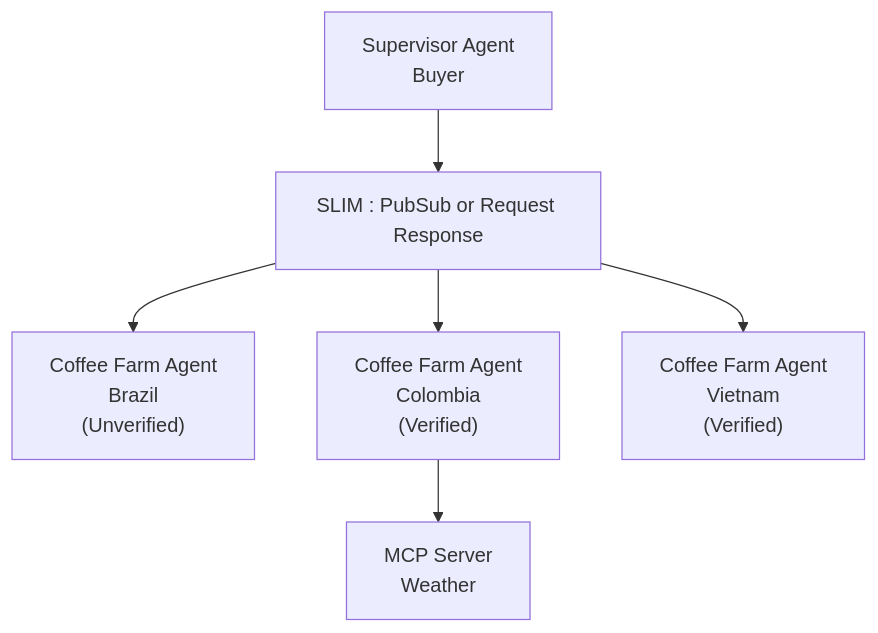
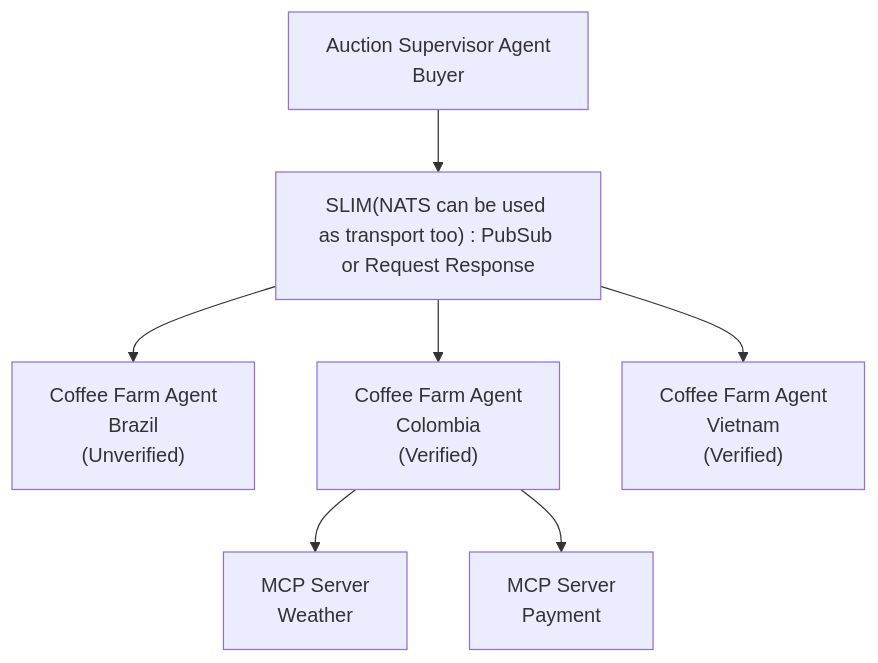
The second of 3 diagrams in docs/coffee-agntcy/get-started.md (agntcy/docs), drawn with Mermaid before and after one commit. The commit also changed other lines of this file and 2 other files, not shown here.

````diff
--- a/docs/coffee-agntcy/get-started.md
+++ b/docs/coffee-agntcy/get-started.md
@@ -61,23 +63,25 @@
 ```mermaid
 flowchart TB
     %% Top
-    S["Supervisor Agent<br/>Buyer"]
+    S["Auction Supervisor Agent<br/>Buyer"]
 
     %% Middle transport bus
-    SLIM["SLIM : PubSub or Request Response"]
+    SLIM["SLIM(NATS can be used as transport too) : PubSub or Request Response"]
 
     %% Farm agents
     F1["Coffee Farm Agent<br/>Brazil<br/>(Unverified)"]
     F2["Coffee Farm Agent<br/>Colombia<br/>(Verified)"]
     F3["Coffee Farm Agent<br/>Vietnam<br/>(Verified)"]
 
-    %% MCP server
-    MCP["MCP Server<br/>Weather"]
+    %% MCP servers
+    MCP_W["MCP Server<br/>Weather"]
+    MCP_P["MCP Server<br/>Payment"]
 
     %% Edges
     S --> SLIM
     SLIM --> F1
     SLIM --> F2
     SLIM --> F3
-    F2 --> MCP
+    F2 --> MCP_W
+    F2 --> MCP_P
 ```
````
